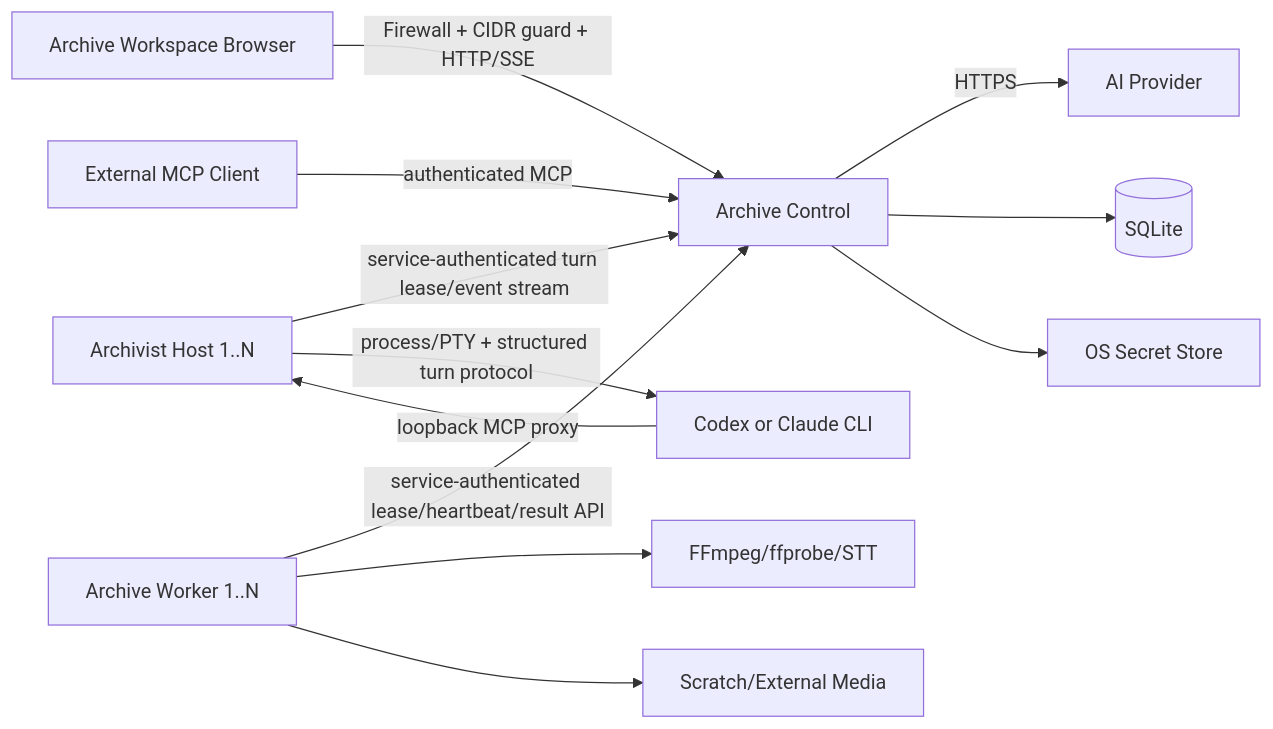
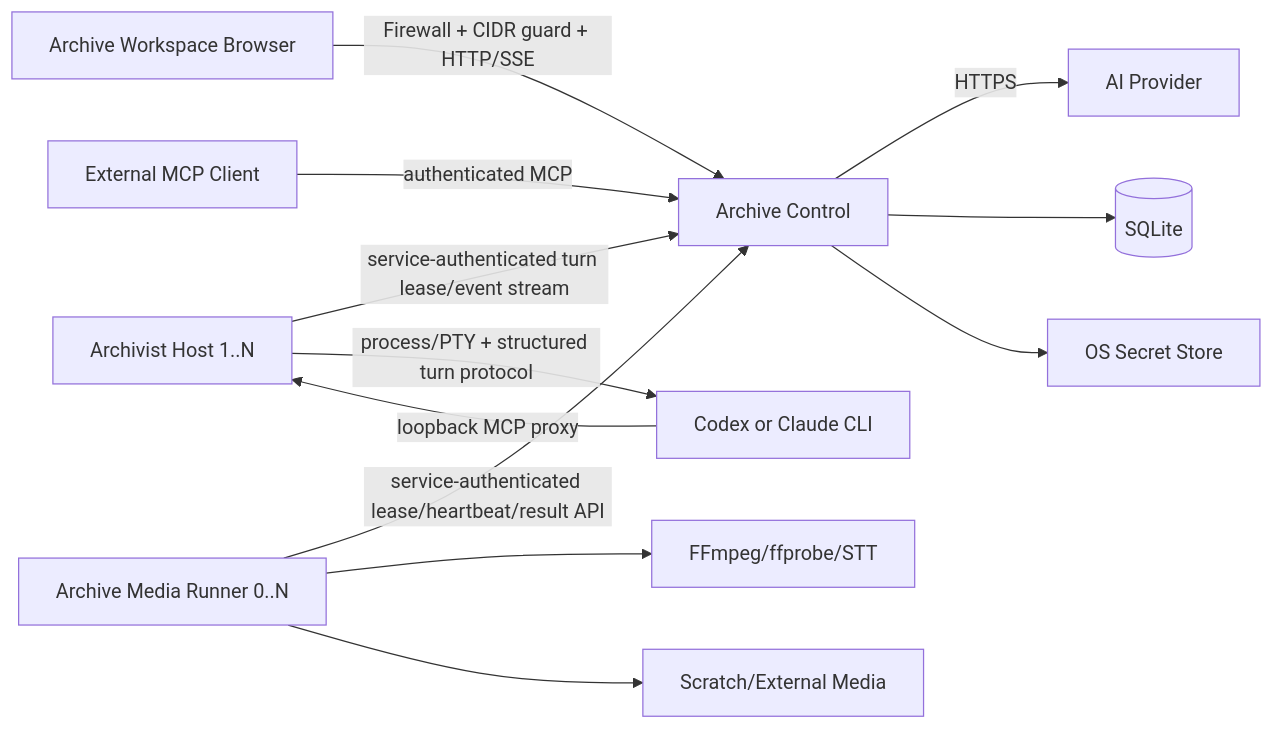
One commit to Jeon-HyeongJoon/Video-Production-Archive changed the diagram in docs/design/02-containers.md. Above: the diagram before and after it, drawn with Mermaid. The commit also changed other lines of this file and 25 other files, not shown here.

````diff
--- a/docs/design/02-containers.md
+++ b/docs/design/02-containers.md
@@ -5,14 +5,14 @@
 ```mermaid
 flowchart LR
     Browser[Archive Workspace Browser] -->|Firewall + CIDR guard + HTTP/SSE| Control[Archive Control]
     MCPClient[External MCP Client] -->|authenticated MCP| Control
     Control -->|HTTPS| Provider[AI Provider]
-    Worker[Archive Worker 1..N] -->|service-authenticated lease/heartbeat/result API| Control
+    Worker[Archive Media Runner 0..N] -->|service-authenticated lease/heartbeat/result API| Control
     Host[Archivist Host 1..N] -->|service-authenticated turn lease/event stream| Control
     CLI[Codex or Claude CLI] -->|loopback MCP proxy| Host
     Host -->|process/PTY + structured turn protocol| CLI
     Control --> SQLite[(SQLite)]
     Control --> Secrets[OS Secret Store]
     Worker --> Tools[FFmpeg/ffprobe/STT]
     Worker --> Media[Scratch/External Media]
 ```
````
